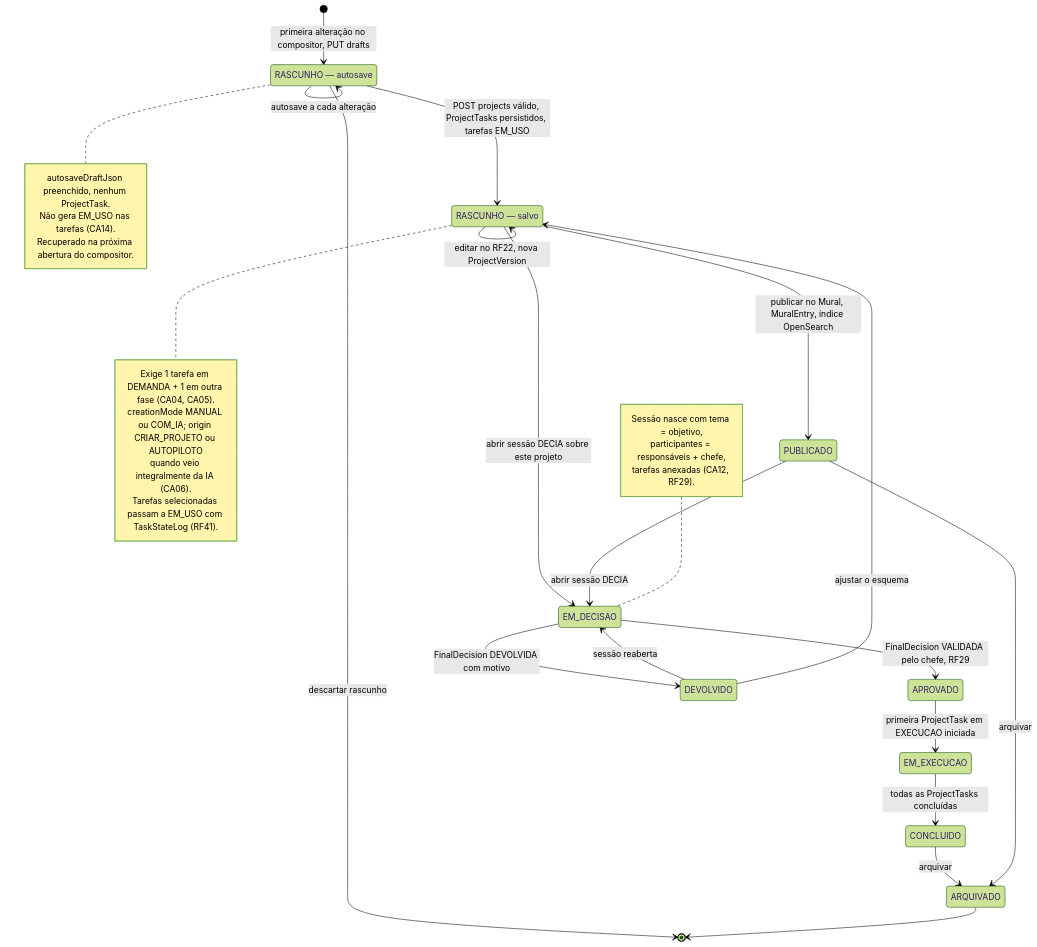
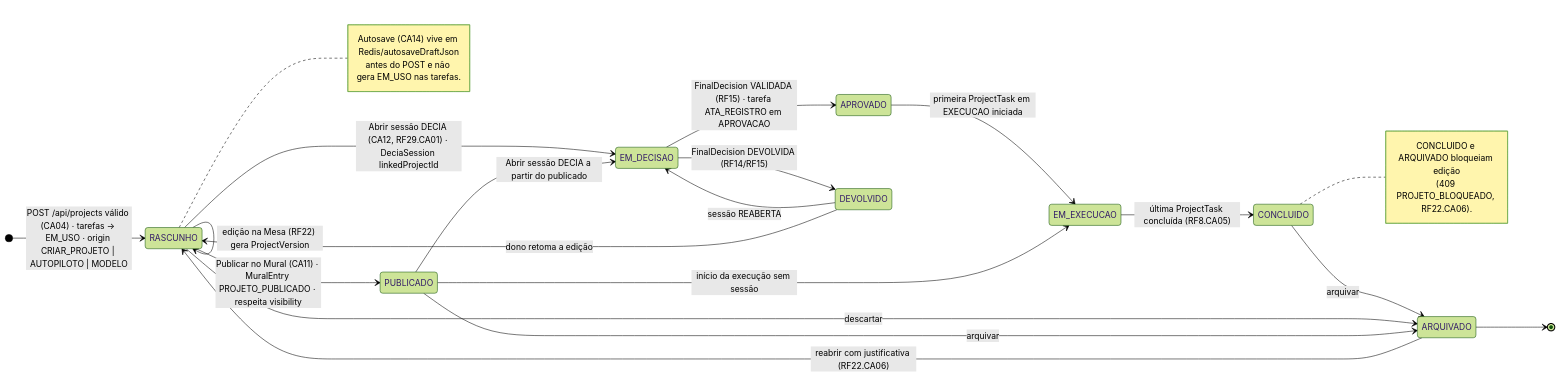
Before and after one commit to MatheusHaliski/Decia-app-2026: the fourth of 5 diagrams in docs/diagramas/RF5/README.md, drawn with Mermaid (forest theme). The commit also changed other lines of this file and 5 other files, not shown here.

First line of the commit message:
docs(diagramas): reescreve RF1–RF5 (5 diagramas Mermaid + rastreabilidade) e cria _tools/checar.py

````diff
--- a/docs/diagramas/RF5/README.md
+++ b/docs/diagramas/RF5/README.md
@@ -605,38 +452,38 @@
 ```mermaid
 stateDiagram-v2
-  state "RASCUNHO — autosave" as RASC_AUTO
-  state "RASCUNHO — salvo" as RASC_SALVO
-  [*] --> RASC_AUTO : primeira alteração no compositor, PUT drafts
-  RASC_AUTO --> RASC_AUTO : autosave a cada alteração
-  RASC_AUTO --> [*] : descartar rascunho
-  RASC_AUTO --> RASC_SALVO : POST projects válido, ProjectTasks persistidos, tarefas EM_USO
-  RASC_SALVO --> RASC_SALVO : editar no RF22, nova ProjectVersion
-  RASC_SALVO --> PUBLICADO : publicar no Mural, MuralEntry, índice OpenSearch
-  RASC_SALVO --> EM_DECISAO : abrir sessão DECIA sobre este projeto
-  PUBLICADO --> EM_DECISAO : abrir sessão DECIA
-  EM_DECISAO --> APROVADO : FinalDecision VALIDADA pelo chefe, RF29
-  EM_DECISAO --> DEVOLVIDO : FinalDecision DEVOLVIDA com motivo
-  DEVOLVIDO --> EM_DECISAO : sessão reaberta
-  DEVOLVIDO --> RASC_SALVO : ajustar o esquema
-  APROVADO --> EM_EXECUCAO : primeira ProjectTask em EXECUCAO iniciada
-  EM_EXECUCAO --> CONCLUIDO : todas as ProjectTasks concluídas
-  CONCLUIDO --> ARQUIVADO : arquivar
-  PUBLICADO --> ARQUIVADO : arquivar
-  ARQUIVADO --> [*]
-  note right of RASC_AUTO
-    autosaveDraftJson preenchido, nenhum ProjectTask.
-    Não gera EM_USO nas tarefas (CA14).
-    Recuperado na próxima abertura do compositor.
+  direction LR
+  state "RASCUNHO" as RAS
+  state "PUBLICADO" as PUB
+  state "EM_DECISAO" as DEC
+  state "APROVADO" as APR
+  state "DEVOLVIDO" as DEV
+  state "EM_EXECUCAO" as EXE
+  state "CONCLUIDO" as CON
+  state "ARQUIVADO" as ARQ
+
+  [*] --> RAS : POST /api/projects válido (CA04) · tarefas → EM_USO · origin CRIAR_PROJETO | AUTOPILOTO | MODELO
+  RAS --> RAS : edição na Mesa (RF22) gera ProjectVersion
+  RAS --> PUB : Publicar no Mural (CA11) · MuralEntry PROJETO_PUBLICADO · respeita visibility
+  RAS --> DEC : Abrir sessão DECIA (CA12, RF29.CA01) · DeciaSession linkedProjectId
+  PUB --> DEC : Abrir sessão DECIA a partir do publicado
+  DEC --> APR : FinalDecision VALIDADA (RF15) · tarefa ATA_REGISTRO em APROVACAO
+  DEC --> DEV : FinalDecision DEVOLVIDA (RF14/RF15)
+  DEV --> DEC : sessão REABERTA
+  DEV --> RAS : dono retoma a edição
+  APR --> EXE : primeira ProjectTask em EXECUCAO iniciada
+  PUB --> EXE : início da execução sem sessão
+  EXE --> CON : última ProjectTask concluída (RF8.CA05)
+  CON --> ARQ : arquivar
+  RAS --> ARQ : descartar
+  PUB --> ARQ : arquivar
+  ARQ --> RAS : reabrir com justificativa (RF22.CA06)
+  ARQ --> [*]
+  note right of RAS
+    Autosave (CA14) vive em Redis/autosaveDraftJson
+    antes do POST e não gera EM_USO nas tarefas.
   end note
-  note right of RASC_SALVO
-    Exige 1 tarefa em DEMANDA + 1 em outra fase (CA04, CA05).
-    creationMode MANUAL ou COM_IA; origin CRIAR_PROJETO ou AUTOPILOTO
-    quando veio integralmente da IA (CA06).
-    Tarefas selecionadas passam a EM_USO com TaskStateLog (RF41).
-  end note
-  note left of EM_DECISAO
-    Sessão nasce com tema = objetivo,
-    participantes = responsáveis + chefe,
-    tarefas anexadas (CA12, RF29).
+  note right of CON
+    CONCLUIDO e ARQUIVADO bloqueiam edição
+    (409 PROJETO_BLOQUEADO, RF22.CA06).
   end note
 ```
````
